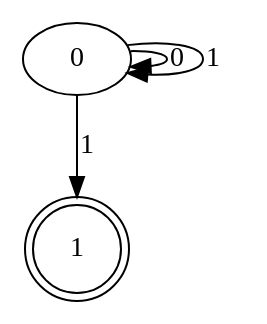
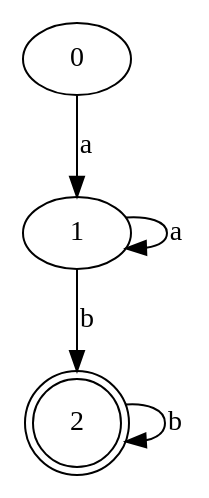
The diagram in output/nfa_output.dot (youssefa123/grepy), drawn with Graphviz before and after one commit. The commit also changed 5 other files, not shown here.

```diff
--- a/output/nfa_output.dot
+++ b/output/nfa_output.dot
@@ -1,20 +1,26 @@
 digraph {
-	graph [bb="0,0,103.5,132.5"];
+	graph [bb="0,0,78,221"];
 	node [label="\N"];
 	0	[height=0.5,
+		pos="27,203",
+		width=0.75];
+	1	[height=0.5,
 		pos="27,114.5",
 		width=0.75];
-	0 -> 0	[label=0,
-		lp="75.375,114.5",
-		pos="e,53.795,110.36 53.795,118.64 63.78,118.78 72,117.4 72,114.5 72,112.83 69.253,111.66 65.005,111"];
-	0 -> 0	[label=1,
-		lp="93.375,114.5",
-		pos="e,52.229,107.18 52.229,121.82 71.041,124.37 90,121.93 90,114.5 90,108.58 77.961,105.83 63.551,106.24"];
-	1	[height=0.61111,
+	0 -> 1	[label=a,
+		lp="30,158.75",
+		pos="e,27,132.85 27,184.91 27,173.26 27,157.55 27,144.02"];
+	1 -> 1	[label=a,
+		lp="75,114.5",
+		pos="e,51.532,106.33 51.532,122.67 62.508,123.45 72,120.72 72,114.5 72,110.61 68.292,108.09 62.832,106.93"];
+	2	[height=0.61111,
 		pos="27,22",
 		shape=doublecircle,
 		width=0.61111];
-	0 -> 1	[label=1,
+	1 -> 2	[label=b,
 		lp="30.375,70.25",
 		pos="e,27,44.218 27,96.051 27,84.609 27,69.297 27,55.647"];
+	2 -> 2	[label=b,
+		lp="70.375,22",
+		pos="e,47.581,13.22 47.581,30.78 57.845,31.994 67,29.068 67,22 67,17.803 63.772,15.067 59.002,13.79"];
 }
```
